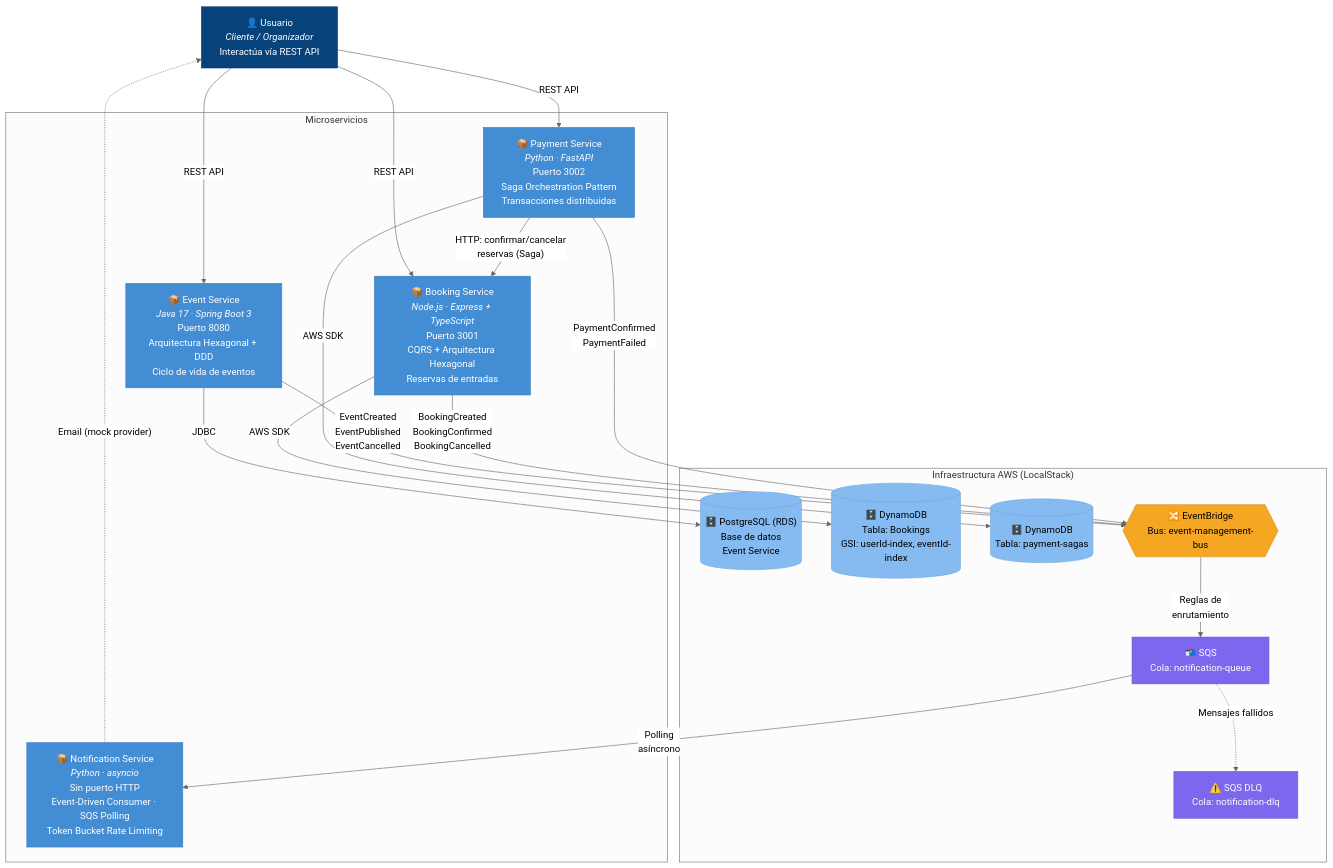
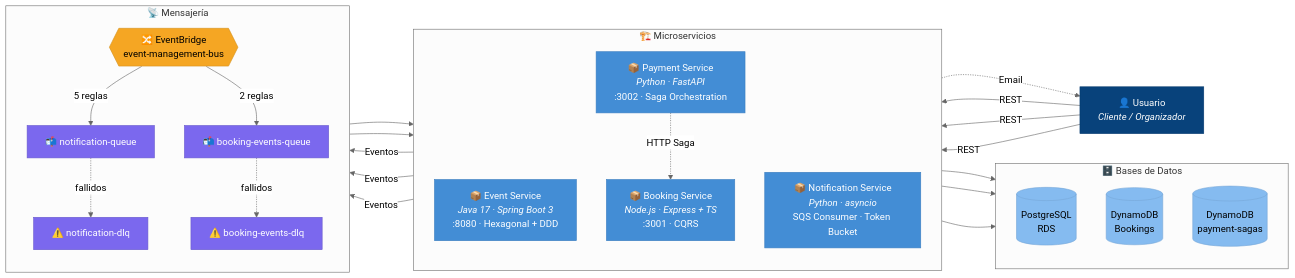
One commit to nicoupc/Cloud-Native-Architecture-Challenge changed the diagram in docs/architecture-c4.md. Above: the diagram before and after it, drawn with Mermaid (neutral theme). The commit also changed other lines of this file and 7 other files, not shown here.

First line of the commit message:
docs: translate ADRs to Spanish, improve C4 diagram and sequence diagrams

````diff
--- a/docs/architecture-c4.md
+++ b/docs/architecture-c4.md
@@ -14,52 +14,67 @@
 ```mermaid
-graph TD
+graph LR
     classDef person fill:#08427B,color:#fff,stroke:#073B6F
     classDef service fill:#438DD5,color:#fff,stroke:#3C7FC0
     classDef infra fill:#85BBF0,color:#000,stroke:#78A8D8
     classDef bus fill:#F5A623,color:#000,stroke:#D4901E
     classDef queue fill:#7B68EE,color:#fff,stroke:#6A5ACD
 
-    User["👤 Usuario<br/><i>Cliente / Organizador</i><br/>Interactúa vía REST API"]:::person
+    User["👤 Usuario<br/><i>Cliente / Organizador</i>"]:::person
 
-    subgraph Microservicios
-        EVT["📦 Event Service<br/><i>Java 17 · Spring Boot 3</i><br/>Puerto 8080<br/>Arquitectura Hexagonal + DDD<br/>Ciclo de vida de eventos"]:::service
-        BKG["📦 Booking Service<br/><i>Node.js · Express + TypeScript</i><br/>Puerto 3001<br/>CQRS + Arquitectura Hexagonal<br/>Reservas de entradas"]:::service
-        PAY["📦 Payment Service<br/><i>Python · FastAPI</i><br/>Puerto 3002<br/>Saga Orchestration Pattern<br/>Transacciones distribuidas"]:::service
-        NTF["📦 Notification Service<br/><i>Python · asyncio</i><br/>Sin puerto HTTP<br/>Event-Driven Consumer · SQS Polling<br/>Token Bucket Rate Limiting"]:::service
+    subgraph Services["🏗️ Microservicios"]
+        direction TB
+        EVT["📦 Event Service<br/><i>Java 17 · Spring Boot 3</i><br/>:8080 · Hexagonal + DDD"]:::service
+        BKG["📦 Booking Service<br/><i>Node.js · Express + TS</i><br/>:3001 · CQRS"]:::service
+        PAY["📦 Payment Service<br/><i>Python · FastAPI</i><br/>:3002 · Saga Orchestration"]:::service
+        NTF["📦 Notification Service<br/><i>Python · asyncio</i><br/>SQS Consumer · Token Bucket"]:::service
     end
 
-    subgraph Infraestructura["Infraestructura AWS (LocalStack)"]
-        PG[("🗄️ PostgreSQL (RDS)<br/>Base de datos<br/>Event Service")]:::infra
-        DDB_B[("🗄️ DynamoDB<br/>Tabla: Bookings<br/>GSI: userId-index, eventId-index")]:::infra
-        DDB_P[("🗄️ DynamoDB<br/>Tabla: payment-sagas")]:::infra
-        EB{{"🔀 EventBridge<br/>Bus: event-management-bus"}}:::bus
-        SQS["📬 SQS<br/>Cola: notification-queue"]:::queue
-        DLQ["⚠️ SQS DLQ<br/>Cola: notification-dlq"]:::queue
+    subgraph Data["🗄️ Bases de Datos"]
+        direction TB
+        PG[("PostgreSQL<br/>RDS")]:::infra
+        DDB_B[("DynamoDB<br/>Bookings")]:::infra
+        DDB_P[("DynamoDB<br/>payment-sagas")]:::infra
     end
 
-    %% Usuario → Servicios (REST)
-    User -- "REST API" --> EVT
-    User -- "REST API" --> BKG
-    User -- "REST API" --> PAY
+    subgraph Messaging["📡 Mensajería"]
+        direction TB
+        EB{{"🔀 EventBridge<br/>event-management-bus"}}:::bus
+        SQS_N["📬 notification-queue"]:::queue
+        SQS_B["📬 booking-events-queue"]:::queue
+        DLQ_N["⚠️ notification-dlq"]:::queue
+        DLQ_B["⚠️ booking-events-dlq"]:::queue
+    end
+
+    %% Usuario → Servicios
+    User -- "REST" --> EVT
+    User -- "REST" --> BKG
+    User -- "REST" --> PAY
 
     %% Servicios → Bases de datos
-    EVT -- "JDBC" --> PG
-    BKG -- "AWS SDK" --> DDB_B
-    PAY -- "AWS SDK" --> DDB_P
+    EVT --> PG
+    BKG --> DDB_B
+    PAY --> DDB_P
 
-    %% Servicios → EventBridge (publicación de eventos)
-    EVT -- "EventCreated<br/>EventPublished<br/>EventCancelled" --> EB
-    BKG -- "BookingCreated<br/>BookingConfirmed<br/>BookingCancelled" --> EB
-    PAY -- "PaymentConfirmed<br/>PaymentFailed" --> EB
+    %% Servicios → EventBridge
+    EVT -- "Eventos" --> EB
+    BKG -- "Eventos" --> EB
+    PAY -- "Eventos" --> EB
 
-    %% Saga: Payment → Booking (HTTP directo)
-    PAY -- "HTTP: confirmar/cancelar<br/>reservas (Saga)" --> BKG
+    %% Saga HTTP directo
+    PAY -. "HTTP Saga" .-> BKG
 
-    %% EventBridge → SQS → Notification
-    EB -- "Reglas de<br/>enrutamiento" --> SQS
-    SQS -- "Polling<br/>asíncrono" --> NTF
-    SQS -. "Mensajes fallidos" .-> DLQ
+    %% EventBridge → Colas
+    EB -- "5 reglas" --> SQS_N
+    EB -- "2 reglas" --> SQS_B
 
-    %% Notification envía emails
-    NTF -. "Email (mock provider)" .-> User
+    %% Colas → Consumidores
+    SQS_N --> NTF
+    SQS_B --> BKG
+
+    %% DLQs
+    SQS_N -. "fallidos" .-> DLQ_N
+    SQS_B -. "fallidos" .-> DLQ_B
+
+    %% Email
+    NTF -. "Email" .-> User
 ```
````
